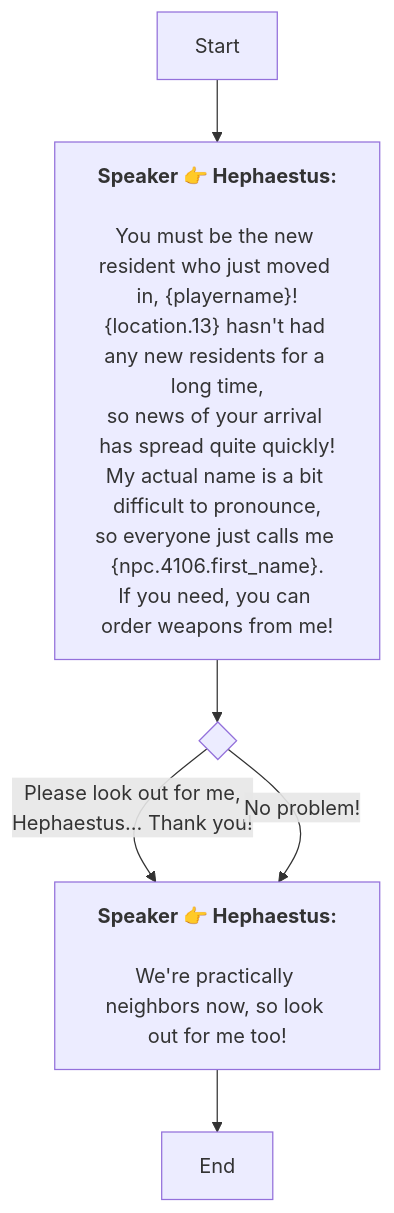
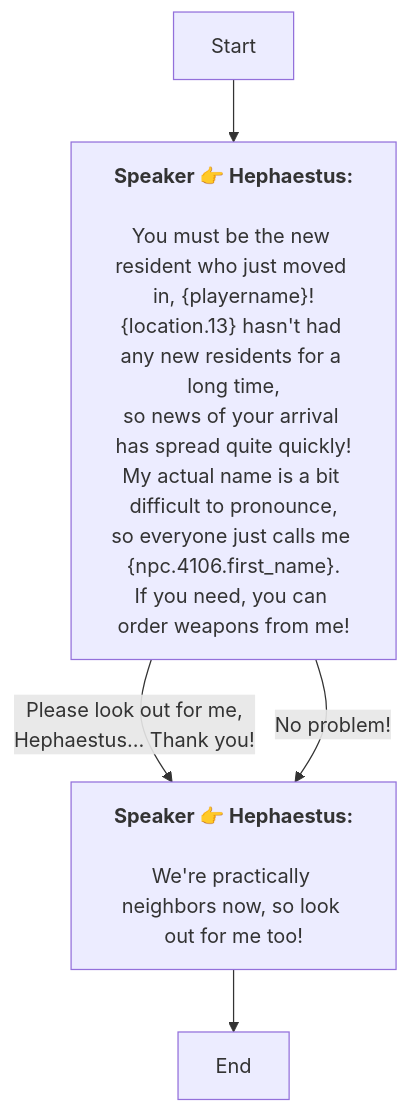
The diagram in En/AddDialogNode_1741892552738072.md (SoftHu/tos_avg), drawn with Mermaid before and after one commit. The commit also changed 737 other files, not shown here.

````diff
--- a/En/AddDialogNode_1741892552738072.md
+++ b/En/AddDialogNode_1741892552738072.md
@@ -1,21 +1,16 @@
 ```mermaid
 graph
 Start -->1741893067333921[<b>Speaker 👉 Hephaestus:</b>
-
-You must be the new resident who just moved in, &lbrace;playername&rbrace;!
+\nYou must be the new resident who just moved in, &lbrace;playername&rbrace;!
 &lbrace;location.13&rbrace; hasn't had any new residents for a long time,
-so news of your arrival has spread quite quickly!
-My actual name is a bit difficult to pronounce,
+so news of your arrival has spread quite quickly!\nMy actual name is a bit difficult to pronounce,
 so everyone just calls me &lbrace;npc.4106.first_name&rbrace;.
 If you need, you can order weapons from me!]
-1741893067333921 -->1741894774918434{ }
-1741894774918434 -->|Please look out for me,
+1741893067333921 -->|Please look out for me,
 Hephaestus… Thank you!|1741895311660328[<b>Speaker 👉 Hephaestus:</b>
-
-We're practically neighbors now, so look out for me too!]
-1741894774918434 -->|No problem!|1741895311660328[<b>Speaker 👉 Hephaestus:</b>
-
-We're practically neighbors now, so look out for me too!]
+\nWe're practically neighbors now, so look out for me too!]
+1741893067333921 -->|No problem!|1741895311660328[<b>Speaker 👉 Hephaestus:</b>
+\nWe're practically neighbors now, so look out for me too!]
 1741895311660328 -->1741895384382762[End]
 
- ```
+```
````
